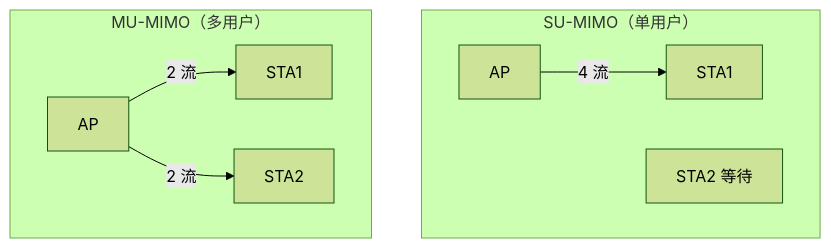
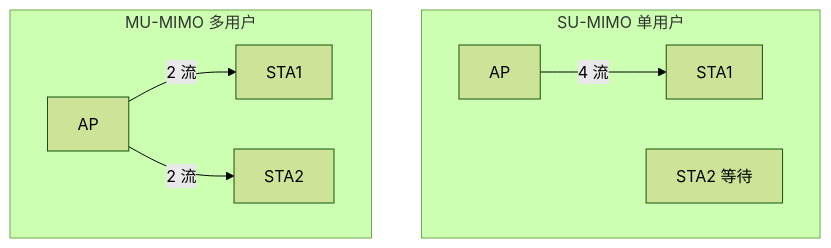
One commit to jpixy/jpixy.github.io changed the third of 18 diagrams in content/articles/embedded/embedded-19-802.11-WiFi协议详解.md. Above: the diagram before and after it, drawn with Mermaid (forest theme). The commit also changed 66 other files, not shown here.

Commit message:
fix: resolve Mermaid syntax errors by removing parentheses in node labels

````diff
--- a/content/articles/embedded/embedded-19-802.11-WiFi协议详解.md
+++ b/content/articles/embedded/embedded-19-802.11-WiFi协议详解.md
@@ -197,12 +197,12 @@
 ```mermaid
 graph TB
-    subgraph SU-MIMO["SU-MIMO（单用户）"]
+    subgraph SU-MIMO["SU-MIMO 单用户"]
         AP1["AP"] -->|"4 流"| STA1_1["STA1"]
         STA2_1["STA2 等待"]
     end
     
-    subgraph MU-MIMO["MU-MIMO（多用户）"]
+    subgraph MU-MIMO["MU-MIMO 多用户"]
         AP2["AP"] -->|"2 流"| STA1_2["STA1"]
         AP2 -->|"2 流"| STA2_2["STA2"]
     end
 ```
````
